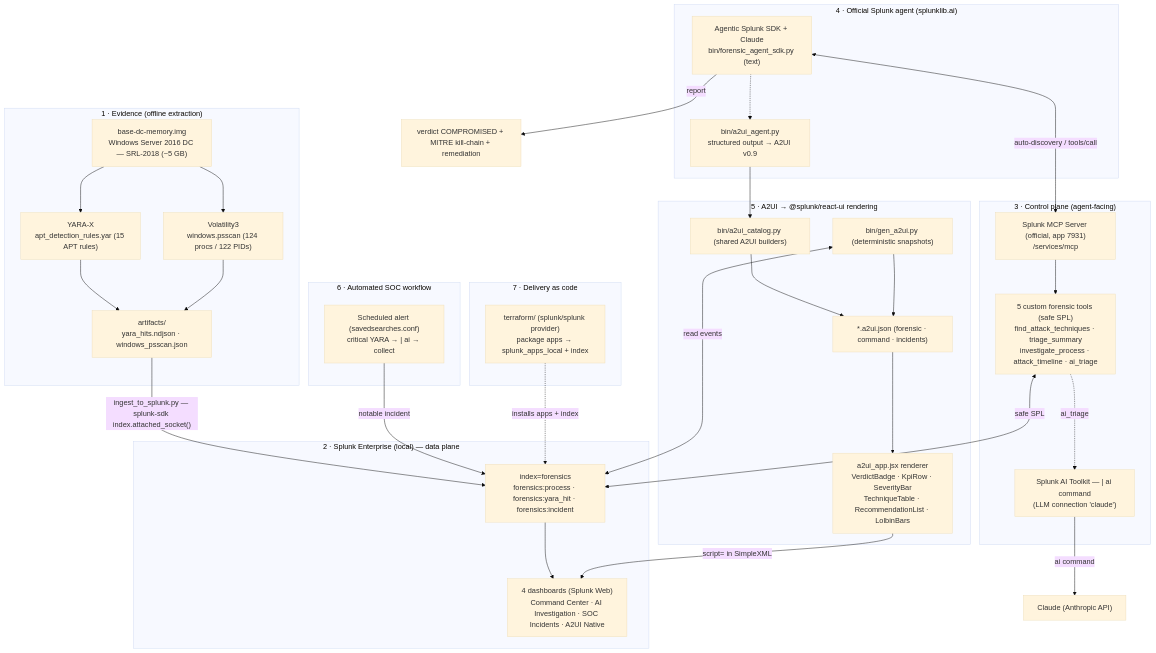
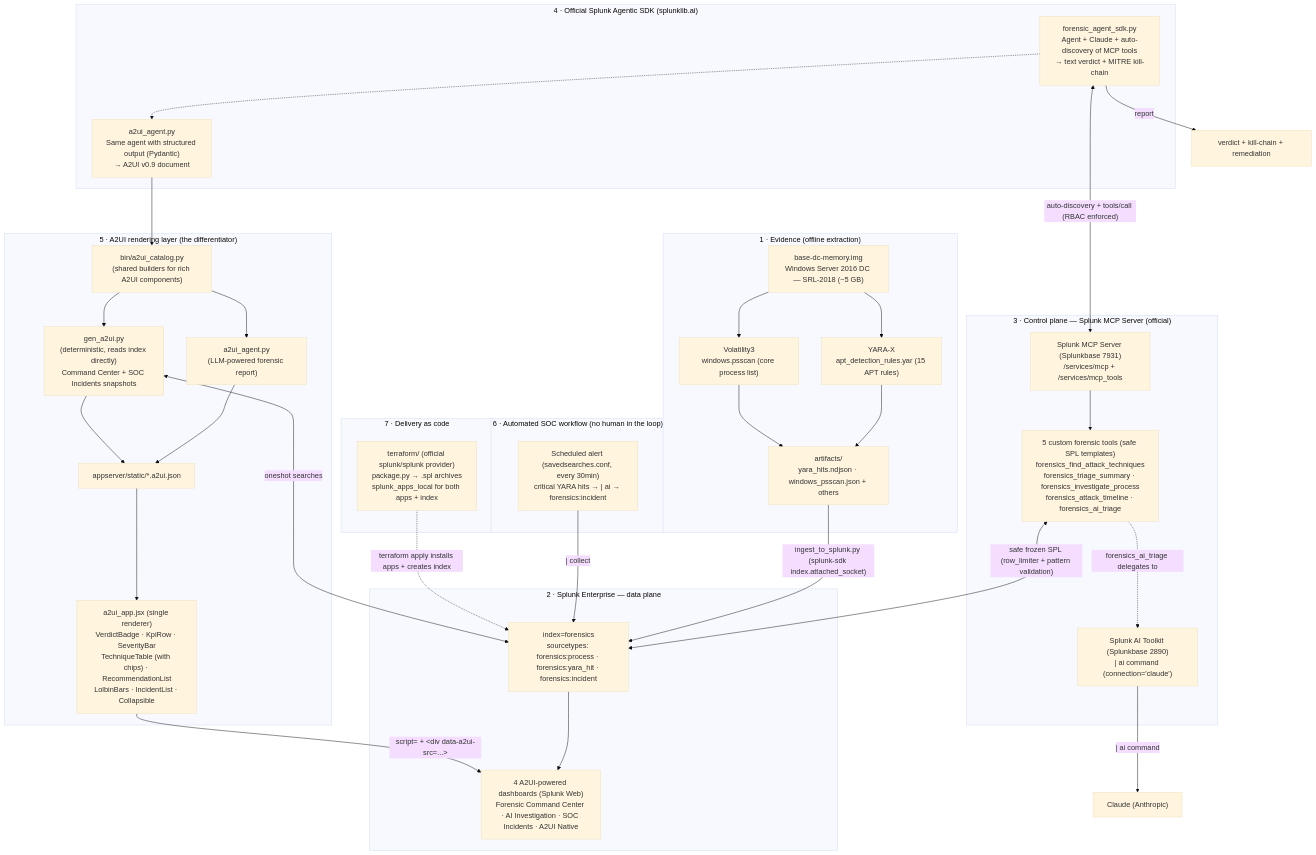
Before and after one commit to julien2613/find-evil-splunk: the diagram in ARCHITECTURE.md, drawn with Mermaid (base theme). The commit also changed other lines of this file and 1 other file, not shown here.

Commit message:
Expand submission docs (AI paths, architecture detail, SOC ownership)

````diff
--- a/ARCHITECTURE.md
+++ b/ARCHITECTURE.md
@@ -9,60 +22,61 @@
 ```mermaid
 flowchart TB
     subgraph EV["1 · Evidence (offline extraction)"]
         IMG["base-dc-memory.img<br/>Windows Server 2016 DC — SRL-2018 (~5 GB)"]
         YARA["YARA-X<br/>apt_detection_rules.yar (15 APT rules)"]
-        VOL["Volatility3<br/>windows.psscan (124 procs / 122 PIDs)"]
-        ART["artifacts/<br/>yara_hits.ndjson · windows_psscan.json"]
+        VOL["Volatility3<br/>windows.psscan (core process list)"]
+        ART["artifacts/<br/>yara_hits.ndjson · windows_psscan.json + others"]
         IMG --> YARA --> ART
         IMG --> VOL --> ART
     end
 
-    subgraph SPL["2 · Splunk Enterprise (local) — data plane"]
-        IDX["index=forensics<br/>forensics:process · forensics:yara_hit · forensics:incident"]
-        DASH["4 dashboards (Splunk Web)<br/>Command Center · AI Investigation · SOC Incidents · A2UI Native"]
+    subgraph SPL["2 · Splunk Enterprise — data plane"]
+        IDX["index=forensics<br/>sourcetypes: forensics:process · forensics:yara_hit · forensics:incident"]
+        DASH["4 A2UI-powered dashboards (Splunk Web)<br/>Forensic Command Center · AI Investigation · SOC Incidents · A2UI Native"]
         IDX --> DASH
     end
 
-    subgraph MCP["3 · Control plane (agent-facing)"]
-        SRV["Splunk MCP Server (official, app 7931)<br/>/services/mcp"]
-        TOOLS["5 custom forensic tools (safe SPL)<br/>find_attack_techniques · triage_summary<br/>investigate_process · attack_timeline · ai_triage"]
-        AITK["Splunk AI Toolkit — | ai command<br/>(LLM connection 'claude')"]
+    subgraph MCP["3 · Control plane — Splunk MCP Server (official)"]
+        SRV["Splunk MCP Server (Splunkbase 7931)<br/>/services/mcp + /services/mcp_tools"]
+        TOOLS["5 custom forensic tools (safe SPL templates)<br/>forensics_find_attack_techniques<br/>forensics_triage_summary · forensics_investigate_process<br/>forensics_attack_timeline · forensics_ai_triage"]
+        AITK["Splunk AI Toolkit (Splunkbase 2890)<br/>| ai command (connection='claude')"]
         SRV --> TOOLS
-        TOOLS -. "ai_triage" .-> AITK
+        TOOLS -. "forensics_ai_triage delegates to" .-> AITK
     end
 
-    subgraph AGENT["4 · Official Splunk agent (splunklib.ai)"]
-        SDK["Agentic Splunk SDK + Claude<br/>bin/forensic_agent_sdk.py (text)"]
-        A2AGENT["bin/a2ui_agent.py<br/>structured output → A2UI v0.9"]
+    subgraph AGENT["4 · Official Splunk Agentic SDK (splunklib.ai)"]
+        SDK["forensic_agent_sdk.py<br/>Agent + Claude + auto-discovery of MCP tools<br/>→ text verdict + MITRE kill-chain"]
+        A2AGENT["a2ui_agent.py<br/>Same agent with structured output (Pydantic)<br/>→ A2UI v0.9 document"]
         SDK -.-> A2AGENT
     end
 
-    subgraph UI["5 · A2UI → @splunk/react-ui rendering"]
-        CAT["bin/a2ui_catalog.py (shared A2UI builders)"]
-        GEN["bin/gen_a2ui.py (deterministic snapshots)"]
-        SNAP["*.a2ui.json (forensic · command · incidents)"]
-        REACT["a2ui_app.jsx renderer<br/>VerdictBadge · KpiRow · SeverityBar<br/>TechniqueTable · RecommendationList · LolbinBars"]
-        CAT --> SNAP
-        GEN --> SNAP
+    subgraph UI["5 · A2UI rendering layer (the differentiator)"]
+        CAT["bin/a2ui_catalog.py<br/>(shared builders for rich A2UI components)"]
+        AGENT_A2UI["a2ui_agent.py<br/>(LLM-powered forensic report)"]
+        DET_GEN["gen_a2ui.py<br/>(deterministic, reads index directly)<br/>Command Center + SOC Incidents snapshots"]
+        SNAP["appserver/static/*.a2ui.json"]
+        REACT["a2ui_app.jsx (single renderer)<br/>VerdictBadge · KpiRow · SeverityBar<br/>TechniqueTable (with chips) · RecommendationList<br/>LolbinBars · IncidentList · Collapsible"]
+        CAT --> AGENT_A2UI & DET_GEN
+        AGENT_A2UI & DET_GEN --> SNAP
         SNAP --> REACT
     end
 
-    subgraph WF["6 · Automated SOC workflow"]
-        ALERT["Scheduled alert (savedsearches.conf)<br/>critical YARA → | ai → collect"]
+    subgraph WF["6 · Automated SOC workflow (no human in the loop)"]
+        ALERT["Scheduled alert (savedsearches.conf, every 30min)<br/>critical YARA hits → | ai → forensics:incident"]
     end
 
-    ART -->|"ingest_to_splunk.py — splunk-sdk index.attached_socket()"| IDX
-    TOOLS <-->|"safe SPL"| IDX
-    AITK -->|"ai command"| LLM["Claude (Anthropic API)"]
-    SDK <-->|"auto-discovery / tools/call"| SRV
+    subgraph DEL["7 · Delivery as code"]
+        TF["terraform/ (official splunk/splunk provider)<br/>package.py → .spl archives<br/>splunk_apps_local for both apps + index"]
+    end
+
+    ART -->|"ingest_to_splunk.py (splunk-sdk index.attached_socket)"| IDX
+    TOOLS <-->|"safe frozen SPL (row_limiter + pattern validation)"| IDX
+    AITK -->|"| ai command"| LLM["Claude (Anthropic)"]
+    SDK <-->|"auto-discovery + tools/call (RBAC enforced)"| SRV
     A2AGENT --> CAT
-    GEN <-->|"read events"| IDX
-    REACT -->|"script= in SimpleXML"| DASH
-    ALERT -->|"notable incident"| IDX
-    SDK -->|report| OUT["verdict COMPROMISED + MITRE kill-chain + remediation"]
-
-    subgraph DEL["7 · Delivery as code"]
-        TF["terraform/ (splunk/splunk provider)<br/>package apps → splunk_apps_local + index"]
-    end
-    TF -.->|"installs apps + index"| IDX
+    DET_GEN <-->|"oneshot searches"| IDX
+    REACT -->|"script= + &lt;div data-a2ui-src=...&gt;"| DASH
+    ALERT -->|"| collect"| IDX
+    SDK -->|report| OUT["verdict + kill-chain + remediation"]
+    TF -.->|"terraform apply installs apps + creates index"| IDX
 ```
````
